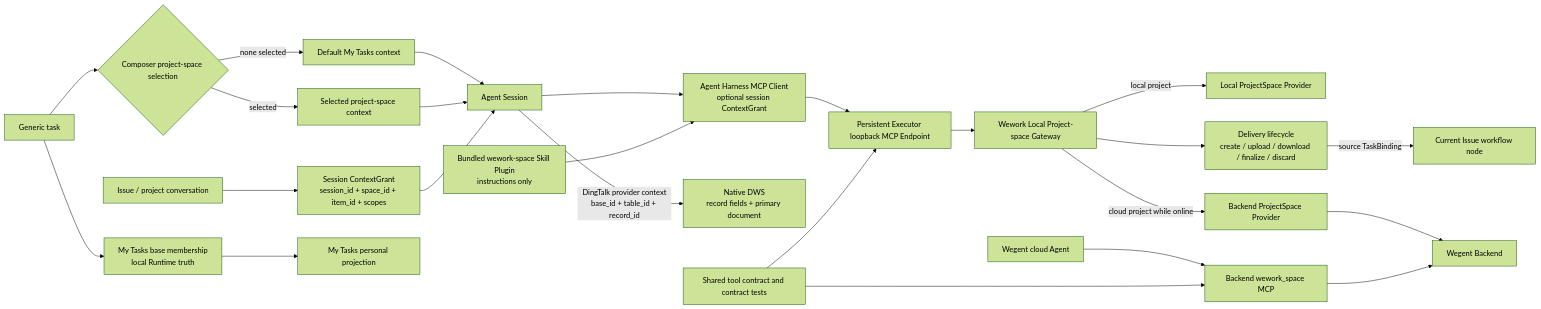
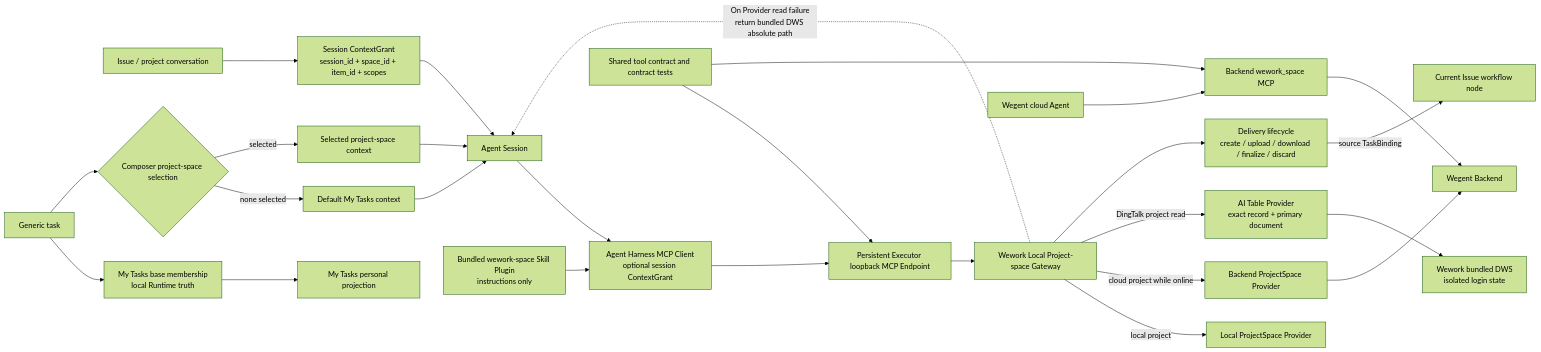
Before and after one commit to wecode-ai/Wegent: the first of 2 diagrams in docs/en/architecture/project-space-agent-capability.md, drawn with Mermaid (forest theme). The commit also changed other lines of this file and 9 other files, not shown here.

````diff
--- a/docs/en/architecture/project-space-agent-capability.md
+++ b/docs/en/architecture/project-space-agent-capability.md
@@ -9,26 +9,28 @@
 ```mermaid
 flowchart LR
     ISSUE[Issue / project conversation] --> GRANT[Session ContextGrant<br/>session_id + space_id + item_id + scopes]
     GENERIC[Generic task] --> MY_TASKS[My Tasks base membership<br/>local Runtime truth]
     GENERIC --> ROUTE{Composer project-space selection}
     ROUTE -->|none selected| DEFAULT_CONTEXT[Default My Tasks context]
     ROUTE -->|selected| SELECTED[Selected project-space context]
     DEFAULT_CONTEXT --> SESSION[Agent Session]
     SELECTED --> SESSION
     MY_TASKS --> MY_WORK[My Tasks personal projection]
     GRANT --> SESSION
     SESSION --> CLIENT[Agent Harness MCP Client<br/>optional session ContextGrant]
     CLIENT --> ENDPOINT[Persistent Executor loopback MCP Endpoint]
     PLUGIN[Bundled wework-space Skill Plugin<br/>instructions only] --> CLIENT
     ENDPOINT --> GATEWAY[Wework Local Project-space Gateway]
     GATEWAY -->|local project| LOCAL[Local ProjectSpace Provider]
     GATEWAY -->|cloud project while online| REMOTE[Backend ProjectSpace Provider]
-    SESSION -->|DingTalk provider context<br/>base_id + table_id + record_id| DWS[Native DWS<br/>record fields + primary document]
+    GATEWAY -->|DingTalk project read| AITABLE_PROVIDER[AI Table Provider<br/>exact record + primary document]
+    AITABLE_PROVIDER --> BUNDLED_DWS[Wework bundled DWS<br/>isolated login state]
+    GATEWAY -. On Provider read failure<br/>return bundled DWS absolute path .-> SESSION
     REMOTE --> BACKEND[Wegent Backend]
     GATEWAY --> DELIVERY[Delivery lifecycle<br/>create / upload / download / finalize / discard]
     DELIVERY -->|source TaskBinding| ISSUE_STAGE[Current Issue workflow node]
     CLOUD[Wegent cloud Agent] --> BACKEND_MCP[Backend wework_space MCP]
     BACKEND_MCP --> BACKEND
     CONTRACT[Shared tool contract and contract tests] --> ENDPOINT
     CONTRACT --> BACKEND_MCP
 ```
````
